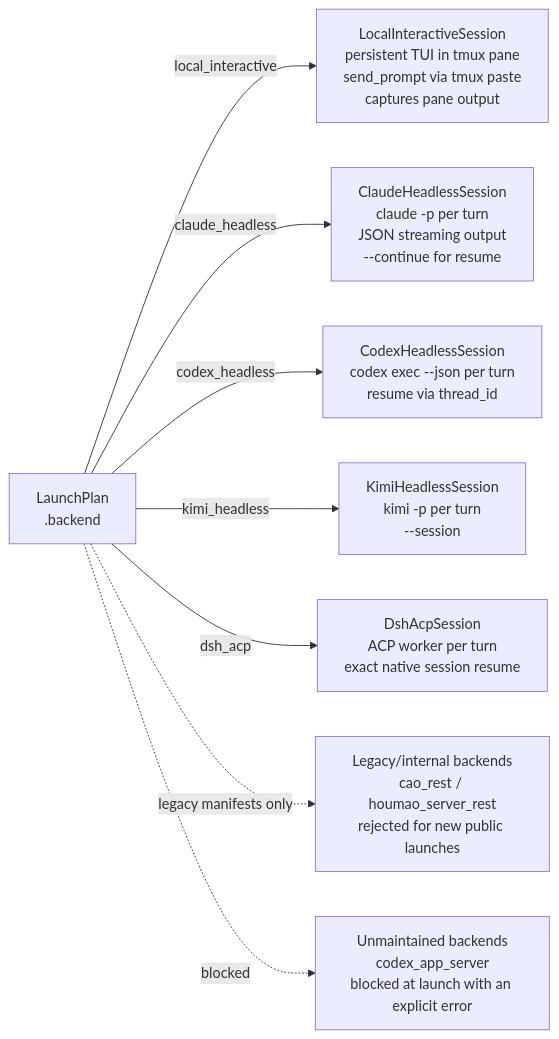
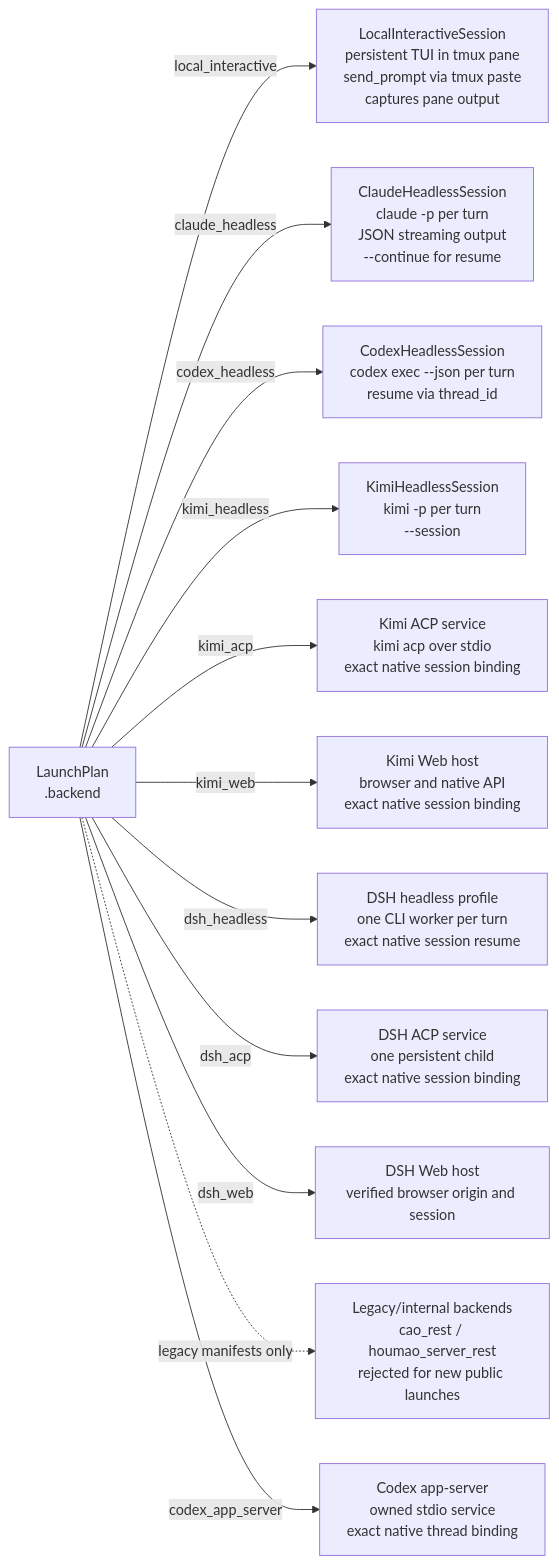
Before and after one commit to igamenovoer/houmao: the diagram in docs/reference/run-phase/backends.md, drawn with Mermaid. The commit also changed other lines of this file and 37 other files, not shown here.

````diff
--- a/docs/reference/run-phase/backends.md
+++ b/docs/reference/run-phase/backends.md
@@ -24,20 +28,28 @@
 ```mermaid
 flowchart LR
     LP["LaunchPlan<br/>.backend"]
 
     LI["LocalInteractiveSession<br/>persistent TUI in tmux pane<br/>send_prompt via tmux paste<br/>captures pane output"]
     CH["ClaudeHeadlessSession<br/>claude -p per turn<br/>JSON streaming output<br/>--continue for resume"]
     CX["CodexHeadlessSession<br/>codex exec --json per turn<br/>resume via thread_id"]
     KH["KimiHeadlessSession<br/>kimi -p per turn<br/>--session <session_id>"]
-    DS["DshAcpSession<br/>ACP worker per turn<br/>exact native session resume"]
+    KA["Kimi ACP service<br/>kimi acp over stdio<br/>exact native session binding"]
+    KW["Kimi Web host<br/>browser and native API<br/>exact native session binding"]
+    DS["DSH headless profile<br/>one CLI worker per turn<br/>exact native session resume"]
+    DA["DSH ACP service<br/>one persistent child<br/>exact native session binding"]
+    DW["DSH Web host<br/>verified browser origin and session"]
     LEG["Legacy/internal backends<br/>cao_rest / houmao_server_rest<br/>rejected for new public launches"]
-    UNM["Unmaintained backends<br/>codex_app_server<br/>blocked at launch with an explicit error"]
+    CS["Codex app-server<br/>owned stdio service<br/>exact native thread binding"]
 
     LP -->|local_interactive| LI
     LP -->|claude_headless| CH
     LP -->|codex_headless| CX
     LP -->|kimi_headless| KH
-    LP -->|dsh_acp| DS
+    LP -->|kimi_acp| KA
+    LP -->|kimi_web| KW
+    LP -->|dsh_headless| DS
+    LP -->|dsh_acp| DA
+    LP -->|dsh_web| DW
     LP -.->|legacy manifests only| LEG
-    LP -.->|blocked| UNM
+    LP -->|codex_app_server| CS
 ```
````
